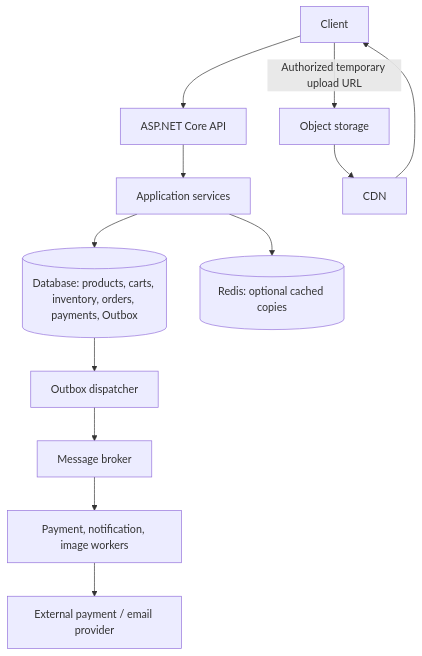
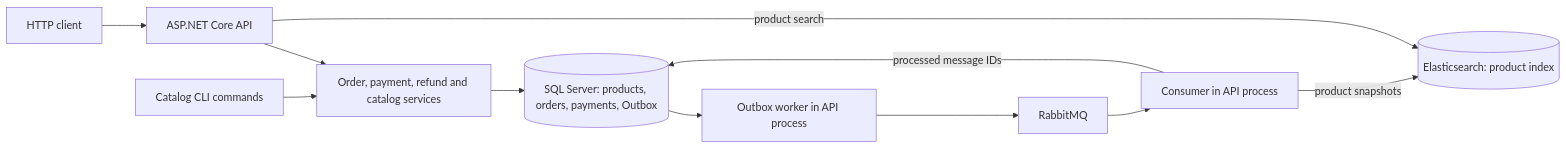
One commit to turingzhi/ecommerce changed the diagram in README.md. Above: the diagram before and after it, drawn with Mermaid. The commit also changed other lines of this file and 59 other files, not shown here.

````diff
--- a/README.md
+++ b/README.md
@@ -48,14 +30,13 @@
 ```mermaid
-flowchart TD
-    Client --> API[ASP.NET Core API]
-    API --> Service[Application services]
-    Service --> DB[(Database: products, carts, inventory, orders, payments, Outbox)]
-    Service --> Cache[(Redis: optional cached copies)]
-    DB --> Dispatcher[Outbox dispatcher]
-    Dispatcher --> Broker[Message broker]
-    Broker --> Workers[Payment, notification, image workers]
-    Workers --> Provider[External payment / email provider]
-    Client -->|Authorized temporary upload URL| Blob[Object storage]
-    Blob --> CDN
-    CDN --> Client
+flowchart LR
+    Client[HTTP client] --> API[ASP.NET Core API]
+    API --> Business[Order, payment, refund and catalog services]
+    Business --> SQL[(SQL Server: products, orders, payments, Outbox)]
+    CLI[Catalog CLI commands] --> Business
+    SQL --> Worker[Outbox worker in API process]
+    Worker --> MQ[RabbitMQ]
+    MQ --> Consumer[Consumer in API process]
+    Consumer -->|product snapshots| ES[(Elasticsearch: product index)]
+    Consumer -->|processed message IDs| SQL
+    API -->|product search| ES
 ```
````
